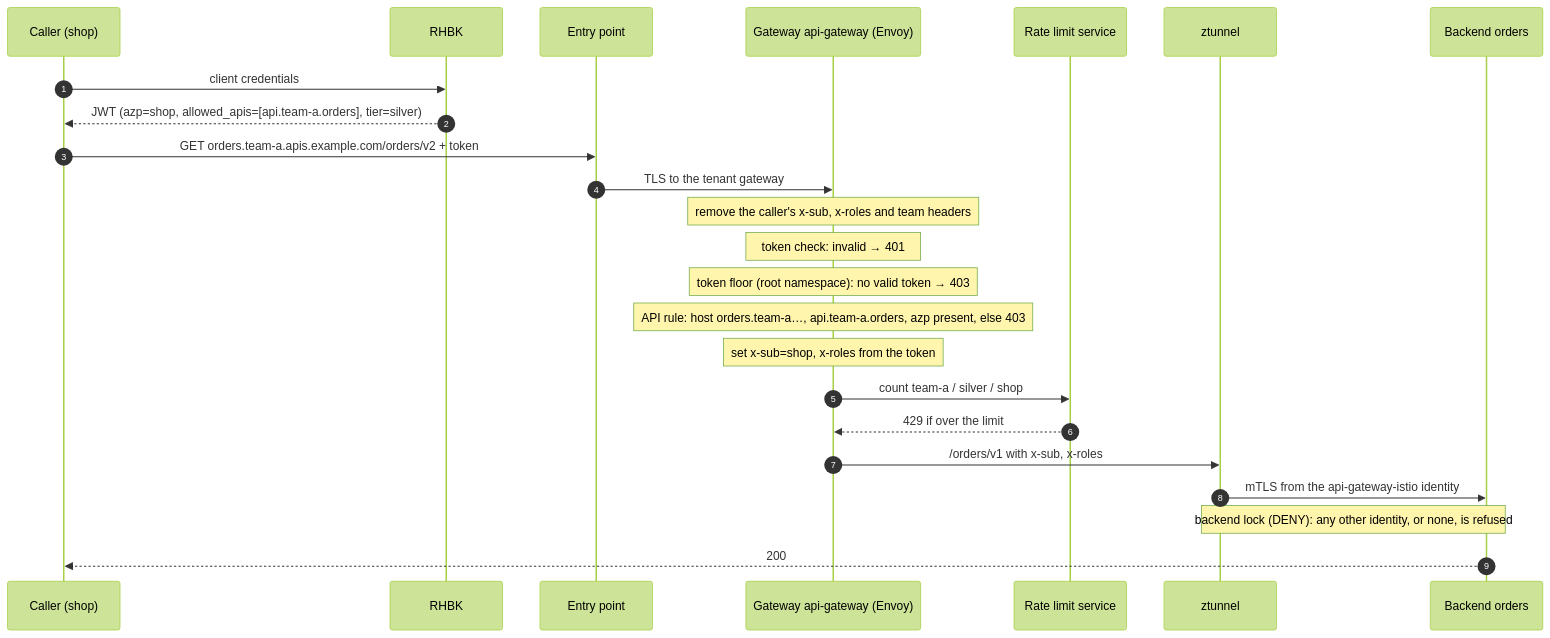
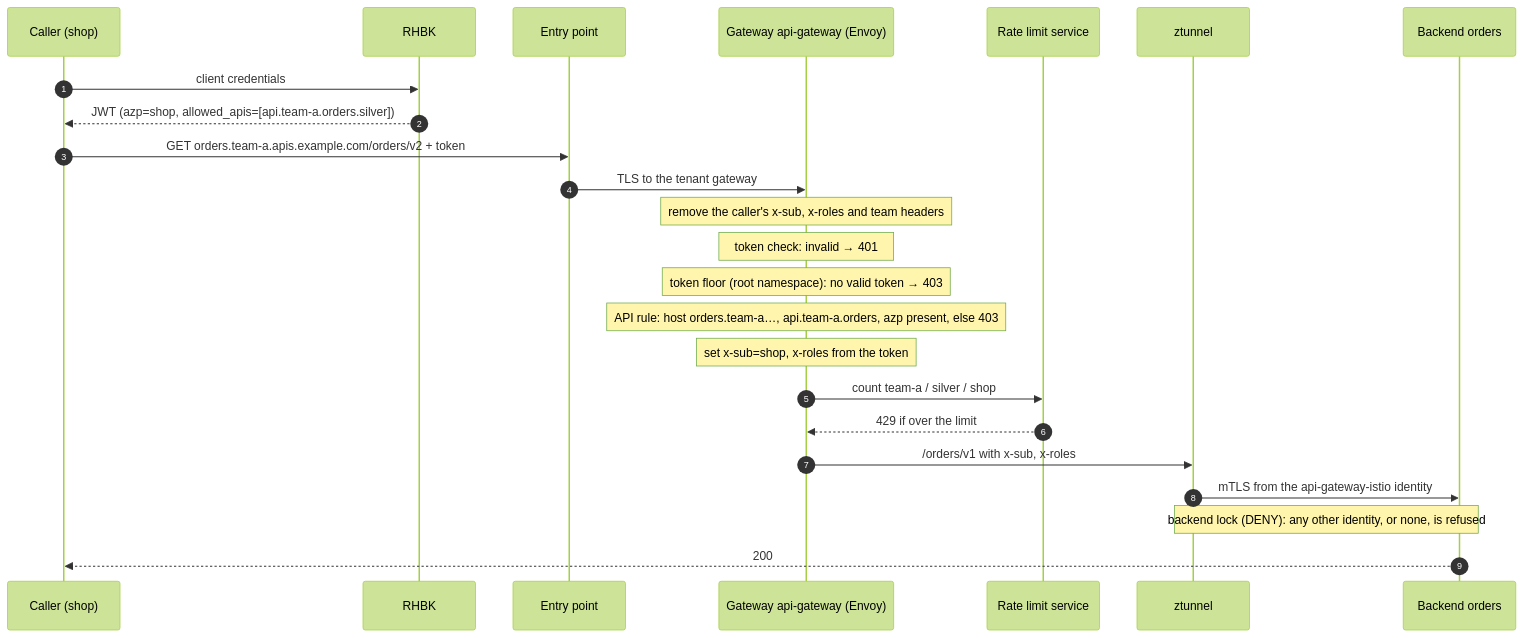
The third of 6 diagrams in docs/diagrams.md (stakater/mto-extension-api-gateway), drawn with Mermaid (forest theme) before and after one commit. The commit also changed 11 other files, not shown here.

First line of the commit message:
Tier from the caller's role per API; migration runbook

````diff
--- a/docs/diagrams.md
+++ b/docs/diagrams.md
@@ -80,26 +80,26 @@
 ```mermaid
 sequenceDiagram
   autonumber
   participant C as Caller (shop)
   participant K as RHBK
   participant E as Entry point
   participant G as Gateway api-gateway (Envoy)
   participant R as Rate limit service
   participant Z as ztunnel
   participant B as Backend orders
   C->>K: client credentials
-  K-->>C: JWT (azp=shop, allowed_apis=[api.team-a.orders], tier=silver)
+  K-->>C: JWT (azp=shop, allowed_apis=[api.team-a.orders.silver])
   C->>E: GET orders.team-a.apis.example.com/orders/v2 + token
   E->>G: TLS to the tenant gateway
   Note over G: remove the caller's x-sub, x-roles and team headers
   Note over G: token check: invalid → 401
   Note over G: token floor (root namespace): no valid token → 403
   Note over G: API rule: host orders.team-a…, api.team-a.orders, azp present, else 403
   Note over G: set x-sub=shop, x-roles from the token
   G->>R: count team-a / silver / shop
   R-->>G: 429 if over the limit
   G->>Z: /orders/v1 with x-sub, x-roles
   Z->>B: mTLS from the api-gateway-istio identity
   Note over Z,B: backend lock (DENY): any other identity, or none, is refused
   B-->>C: 200
 ```
````
